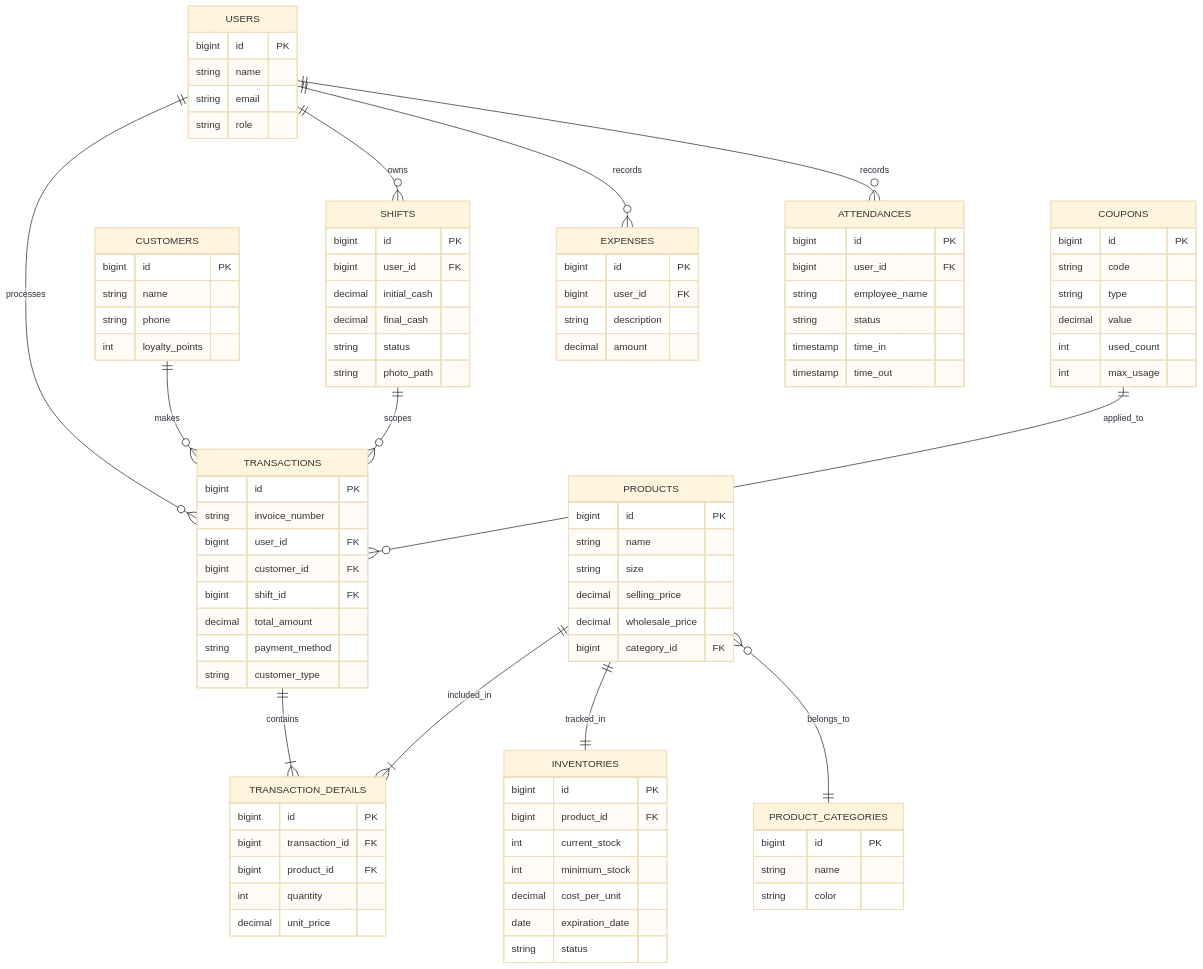
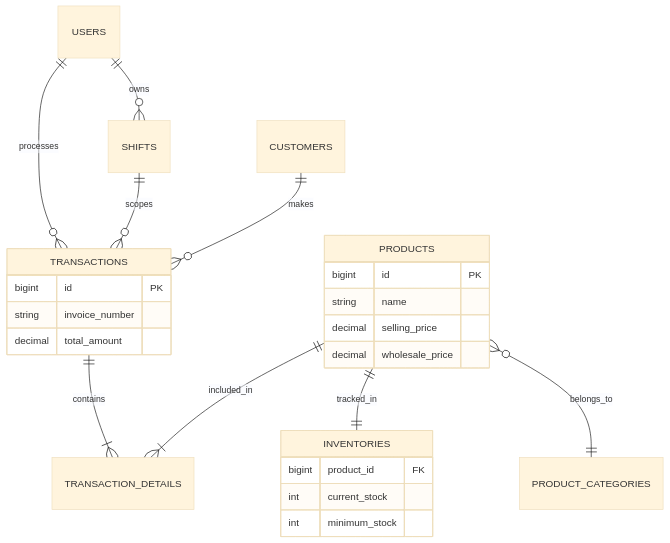
Before and after one commit to wi5nuu/asharparfummanagementsystem: the fourth of 5 diagrams in README.md, drawn with Mermaid (base theme). The commit also changed other lines of this file and 38 other files, not shown here.

````diff
--- a/README.md
+++ b/README.md
@@ -228,96 +180,28 @@
 ```mermaid
 erDiagram
-    USERS {
-        bigint id PK
-        string name
-        string email
-        string role
-    }
+    TRANSACTIONS ||--|{ TRANSACTION_DETAILS : "contains"
+    PRODUCTS ||--|{ TRANSACTION_DETAILS : "included_in"
+    PRODUCTS ||--|| INVENTORIES : "tracked_in"
+    PRODUCTS }o--|| PRODUCT_CATEGORIES : "belongs_to"
+    USERS ||--o{ TRANSACTIONS : "processes"
+    USERS ||--o{ SHIFTS : "owns"
+    SHIFTS ||--o{ TRANSACTIONS : "scopes"
+    CUSTOMERS ||--o{ TRANSACTIONS : "makes"
+
     PRODUCTS {
         bigint id PK
         string name
-        string size
         decimal selling_price
         decimal wholesale_price
-        bigint category_id FK
-    }
-    PRODUCT_CATEGORIES {
-        bigint id PK
-        string name
-        string color
     }
     INVENTORIES {
-        bigint id PK
         bigint product_id FK
         int current_stock
         int minimum_stock
-        decimal cost_per_unit
-        date expiration_date
-        string status
     }
     TRANSACTIONS {
         bigint id PK
         string invoice_number
-        bigint user_id FK
-        bigint customer_id FK
-        bigint shift_id FK
         decimal total_amount
-        string payment_method
-        string customer_type
     }
-    TRANSACTION_DETAILS {
-        bigint id PK
-        bigint transaction_id FK
-        bigint product_id FK
-        int quantity
-        decimal unit_price
-    }
-    CUSTOMERS {
-        bigint id PK
-        string name
-        string phone
-        int loyalty_points
-    }
-    SHIFTS {
-        bigint id PK
-        bigint user_id FK
-        decimal initial_cash
-        decimal final_cash
-        string status
-        string photo_path
-    }
-    COUPONS {
-        bigint id PK
-        string code
-        string type
-        decimal value
-        int used_count
-        int max_usage
-    }
-    EXPENSES {
-        bigint id PK
-        bigint user_id FK
-        string description
-        decimal amount
-    }
-    ATTENDANCES {
-        bigint id PK
-        bigint user_id FK
-        string employee_name
-        string status
-        timestamp time_in
-        timestamp time_out
-    }
-
-    USERS ||--o{ TRANSACTIONS : "processes"
-    USERS ||--o{ SHIFTS : "owns"
-    USERS ||--o{ ATTENDANCES : "records"
-    CUSTOMERS ||--o{ TRANSACTIONS : "makes"
-    TRANSACTIONS ||--|{ TRANSACTION_DETAILS : "contains"
-    PRODUCTS ||--|{ TRANSACTION_DETAILS : "included_in"
-    PRODUCTS ||--|| INVENTORIES : "tracked_in"
-    PRODUCTS }o--|| PRODUCT_CATEGORIES : "belongs_to"
-    SHIFTS ||--o{ TRANSACTIONS : "scopes"
-    COUPONS ||--o{ TRANSACTIONS : "applied_to"
-    USERS ||--o{ EXPENSES : "records"
 ```
````
